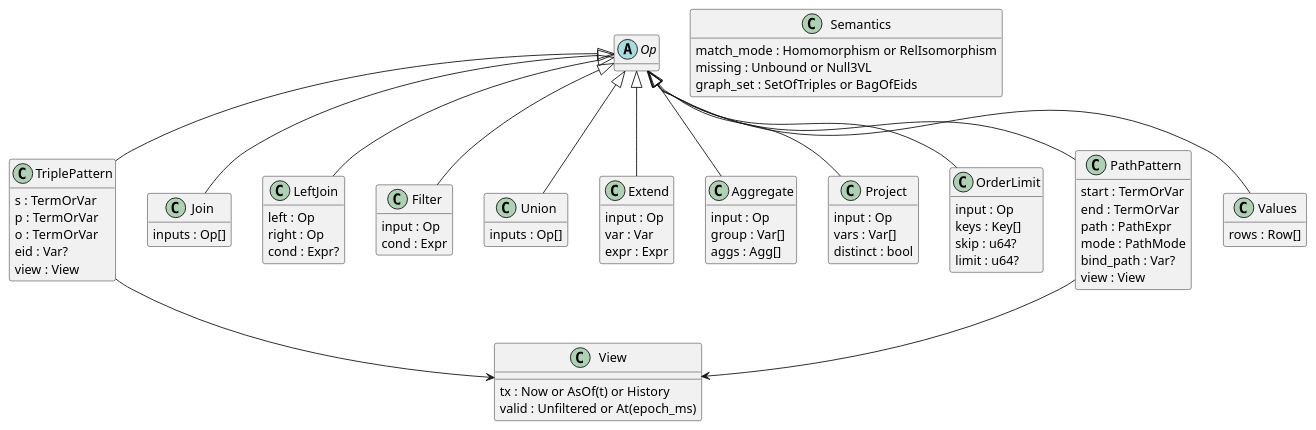
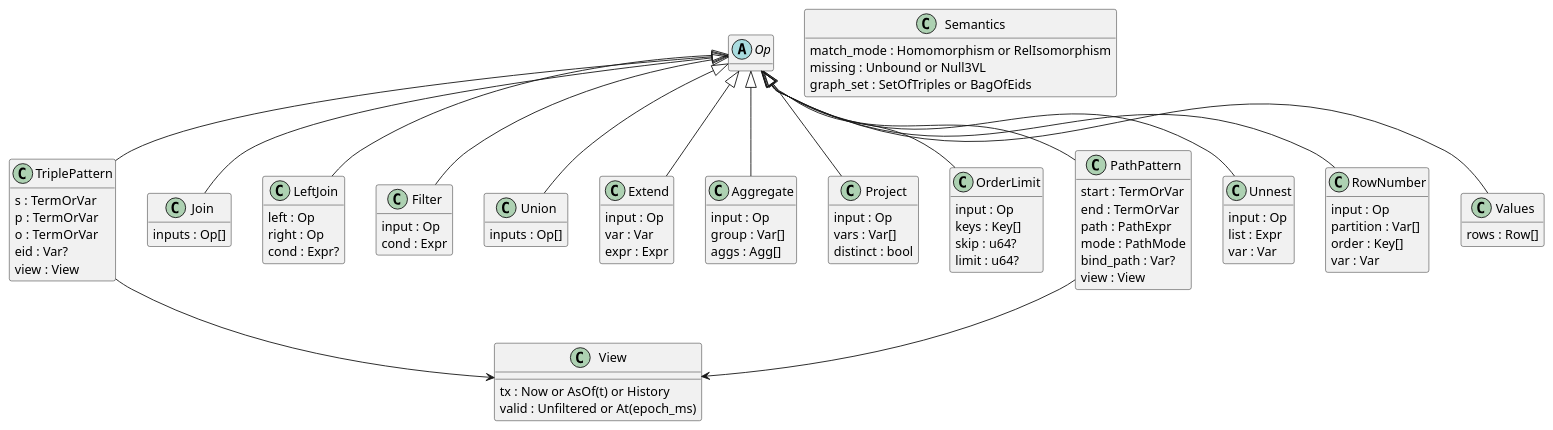
One commit to Volland/tiramemsu changed the first of 3 diagrams in lat.md/query.md. Above: the diagram before and after it, drawn with PlantUML. The commit also changed other lines of this file and 58 other files, not shown here.

```diff
--- a/lat.md/query.md
+++ b/lat.md/query.md
@@ -62,6 +62,17 @@
   bind_path : Var?
   view : View
 }
+class Unnest {
+  input : Op
+  list : Expr
+  var : Var
+}
+class RowNumber {
+  input : Op
+  partition : Var[]
+  order : Key[]
+  var : Var
+}
 class Values {
   rows : Row[]
 }
@@ -85,6 +96,8 @@
 Op <|-- OrderLimit
 Op <|-- PathPattern
 Op <|-- Values
+Op <|-- Unnest
+Op <|-- RowNumber
 TriplePattern --> View
 PathPattern --> View
 @enduml
```
